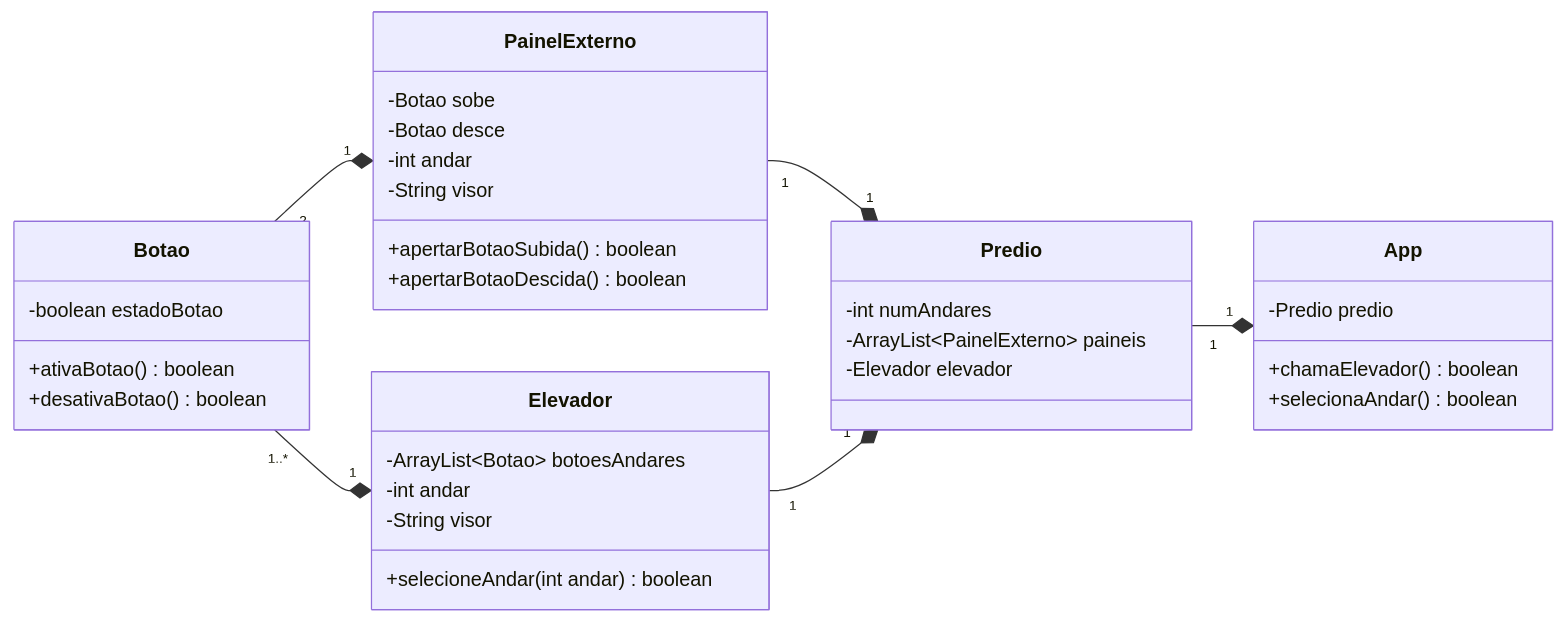
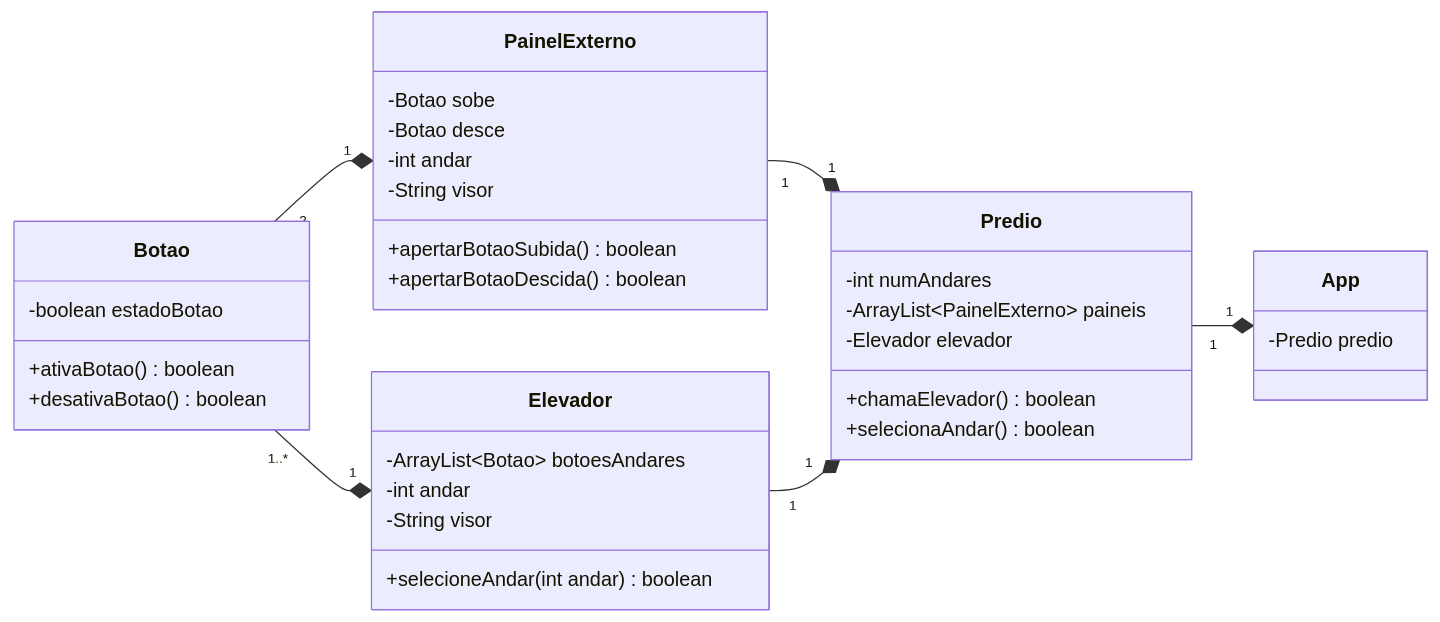
Before and after one commit to vgguerra/Elevator-Simulator: the diagram in Readme.md, drawn with Mermaid. The commit also changed other lines of this file and 4 other files, not shown here.

````diff
--- a/Readme.md
+++ b/Readme.md
@@ -1,51 +1,51 @@
 ```mermaid
 classDiagram
     direction LR
     direction TD
 
     class Botao{
       -boolean estadoBotao
 
       +ativaBotao() boolean
       +desativaBotao() boolean
     }
 
     class PainelExterno{
       -Botao sobe
       -Botao desce
       -int andar
       -String visor
 
       +apertarBotaoSubida() boolean
       +apertarBotaoDescida() boolean
     }
 
     class Elevador{
       -ArrayList~Botao~ botoesAndares
       -int andar
       -String visor
 
       +selecioneAndar(int andar) boolean
     }
 
 
     class Predio{
       -int numAndares
       -ArrayList~PainelExterno~ paineis
       -Elevador elevador
+
+      +chamaElevador() boolean
+      +selecionaAndar() boolean
     }
 
     class App{
       -Predio predio
-
-      +chamaElevador() boolean
-      +selecionaAndar() boolean
     }
 
 
     Botao "2" --* "1" PainelExterno
     Botao "1..*" --* "1" Elevador
     PainelExterno "1" --* "1" Predio
     Elevador "1" --* "1" Predio    
     Predio "1" --* "1" App
 ```
````
